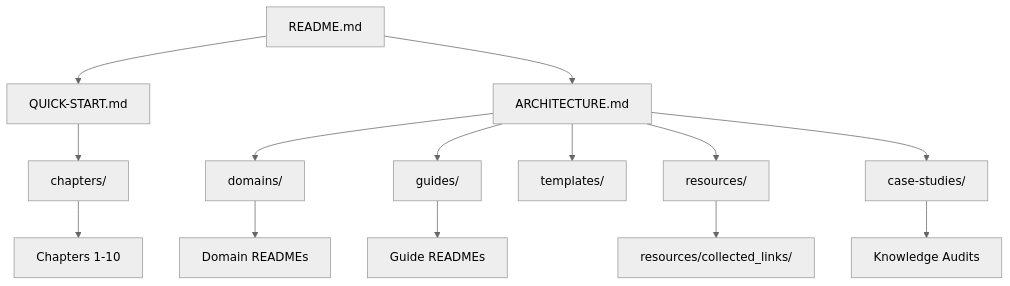
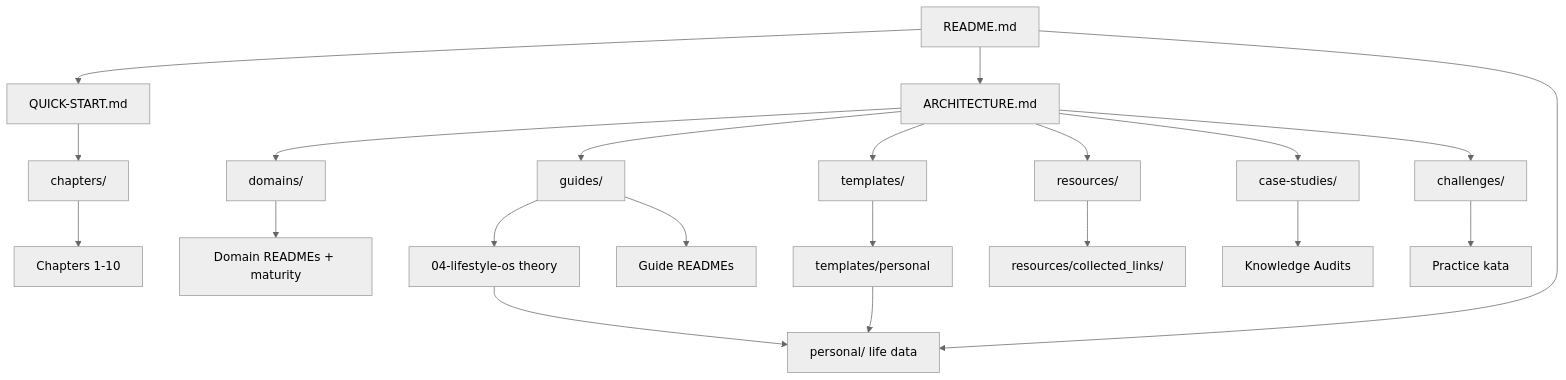
The diagram in OVERVIEW.md (ithumanmi/MyDoc), drawn with Mermaid (neutral theme) before and after one commit. The commit also changed other lines of this file and 182 other files, not shown here.

````diff
--- a/OVERVIEW.md
+++ b/OVERVIEW.md
@@ -11,16 +12,23 @@
 ```mermaid
 graph TD
     A[README.md] --> B[QUICK-START.md]
     A --> C[ARCHITECTURE.md]
+    A --> R[personal/ life data]
     B --> D[chapters/]
     C --> E[domains/]
     C --> F[guides/]
     C --> G[templates/]
     C --> H[resources/]
     C --> I[case-studies/]
+    C --> P[challenges/]
+    F --> Q[04-lifestyle-os theory]
+    Q --> R
+    G --> T[templates/personal]
+    T --> R
     H --> J[resources/collected_links/]
-    E --> K[Domain READMEs]
+    E --> K[Domain READMEs + maturity]
     F --> L[Guide READMEs]
     D --> M[Chapters 1-10]
     I --> N[Knowledge Audits]
+    P --> O[Practice kata]
 ```
````
